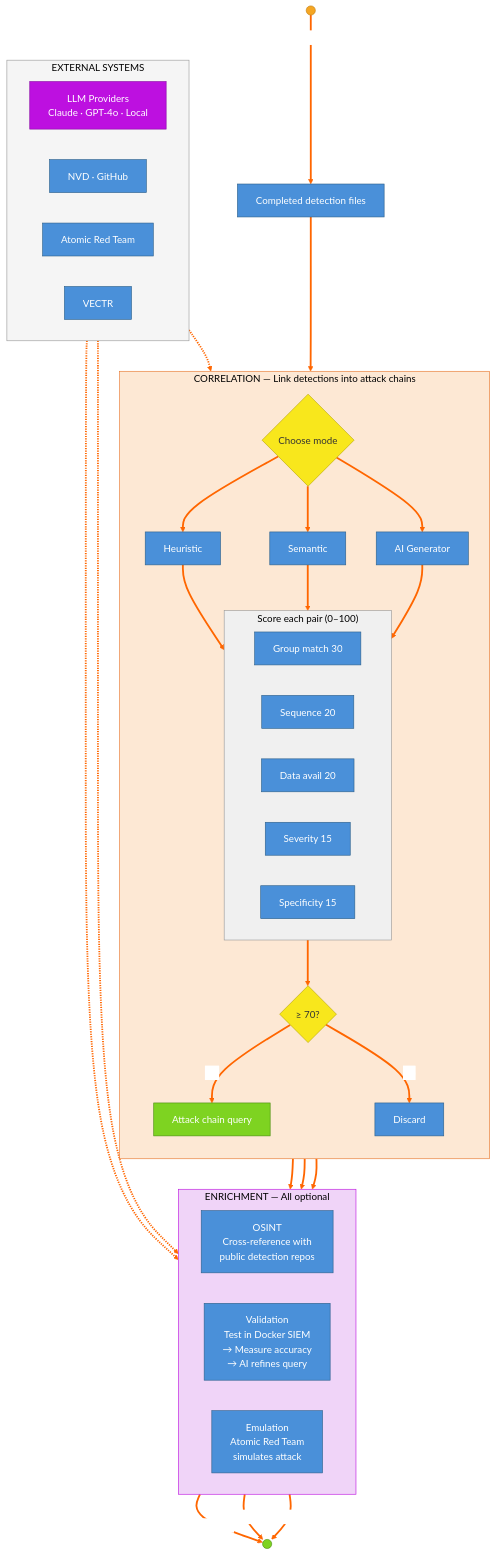
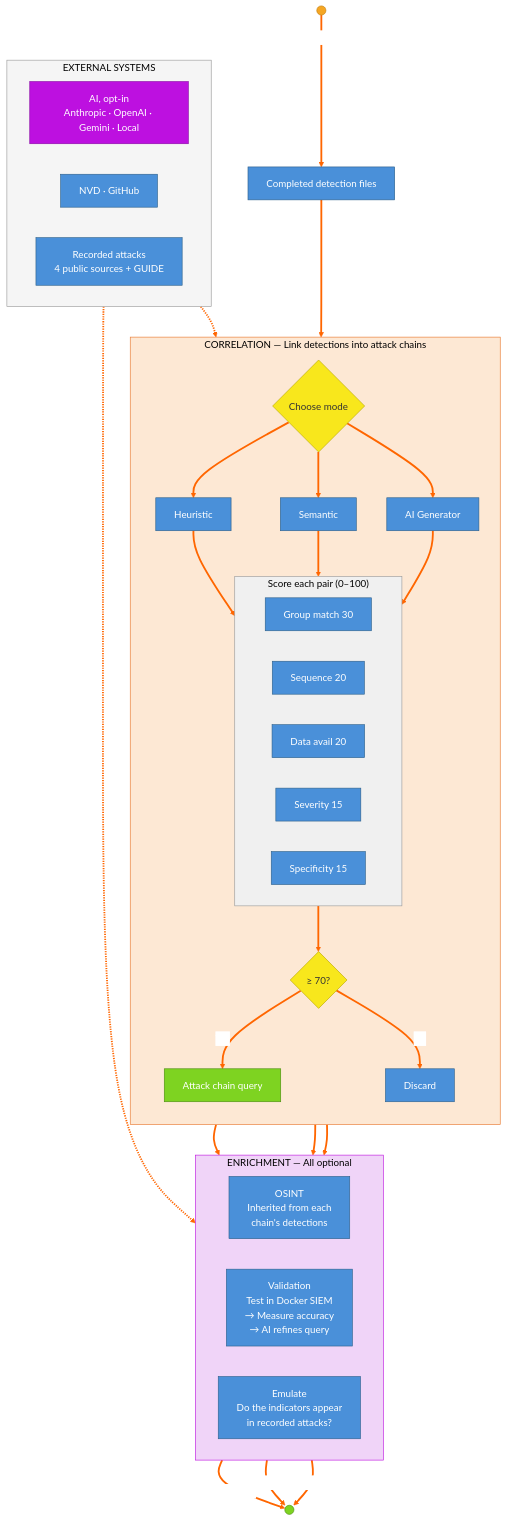
The diagram in docs/architecture/mermaid/02_part_b_correlation_enrichment.md (cmdaltr/shikari), drawn with Mermaid before and after one commit. The commit also changed other lines of this file and 61 other files, not shown here.

````diff
--- a/docs/architecture/mermaid/02_part_b_correlation_enrichment.md
+++ b/docs/architecture/mermaid/02_part_b_correlation_enrichment.md
@@ -5,62 +5,60 @@
 ```mermaid
 %%{init: {'theme': 'base', 'themeVariables': {'lineColor': '#ff6600', 'edgeLabelBackground': '#ffffff', 'primaryColor': '#4a90d9', 'primaryTextColor': '#ffffff', 'primaryBorderColor': '#2c5f8a', 'secondaryColor': '#e8e8e8', 'tertiaryColor': '#f5f5f5', 'clusterBkg': '#f0f0f0', 'clusterBorder': '#999999', 'titleColor': '#000000', 'nodeTextColor': '#000000', 'background': '#ffffff'}}}%%
 flowchart TD
     FROM_A((" ")) ==>|"From Part A"| YAMLS_IN["Completed detection files"]
 
     subgraph CORR ["CORRELATION — Link detections into attack chains"]
         direction TB
         MODE{"Choose mode"}
         MODE --> HEUR["Heuristic"]
         MODE --> SEM["Semantic"]
         MODE --> AIGEN["AI Generator"]
 
         subgraph SCORE ["Score each pair (0–100)"]
             direction LR
             S1["Group match 30"]
             S2["Sequence 20"]
             S3["Data avail 20"]
             S4["Severity 15"]
             S5["Specificity 15"]
         end
 
         HEUR & SEM & AIGEN --> SCORE
         SCORE --> GATE{"≥ 70?"}
         GATE -- "Yes" --> CHAIN["Attack chain query"]
         GATE -- "No" --> DROP["Discard"]
     end
 
     subgraph ENRICH ["ENRICHMENT — All optional"]
         direction LR
-        OSINT["OSINT<br/>Cross-reference with<br/>public detection repos"]
+        OSINT["OSINT<br/>Inherited from each<br/>chain's detections"]
         VALID["Validation<br/>Test in Docker SIEM<br/>→ Measure accuracy<br/>→ AI refines query"]
-        EMUL["Emulation<br/>Atomic Red Team<br/>simulates attack"]
+        EMUL["Emulate<br/>Do the indicators appear<br/>in recorded attacks?"]
     end
 
     subgraph EXT ["EXTERNAL SYSTEMS"]
         direction LR
-        LLM["LLM Providers<br/>Claude · GPT-4o · Local"]
+        LLM["AI, opt-in<br/>Anthropic · OpenAI · Gemini · Local"]
         NVD_GH["NVD · GitHub"]
-        ART["Atomic Red Team"]
-        VECTR_E["VECTR"]
+        ART["Recorded attacks<br/>4 public sources + GUIDE"]
     end
 
     YAMLS_IN --> MODE
     CHAIN --> OSINT & VALID & EMUL
 
     LLM -.-> AIGEN
     ART -.-> EMUL
-    VECTR_E -.-> ENRICH
 
     OSINT & VALID & EMUL ==>|"To Part C"| CONTINUE2((" "))
 
     style FROM_A fill:#f5a623,stroke:#c17d10,color:#fff
     style CORR fill:#fde8d4,stroke:#e8752a
     style ENRICH fill:#f0d4f8,stroke:#bd10e0
     style EXT fill:#f5f5f5,stroke:#999
     style MODE fill:#f8e71c,stroke:#b8a700,color:#333
     style GATE fill:#f8e71c,stroke:#b8a700,color:#333
     style CHAIN fill:#7ed321,stroke:#4a8c0f,color:#fff
     style LLM fill:#bd10e0,stroke:#8a0ba5,color:#fff
     style CONTINUE2 fill:#7ed321,stroke:#4a8c0f,color:#fff
     linkStyle default stroke:#ff6600,stroke-width:3px
 ```
````
